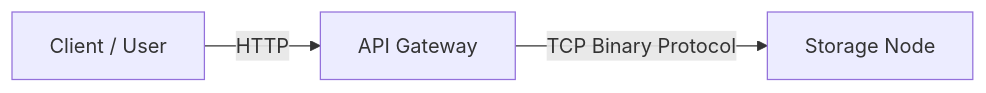
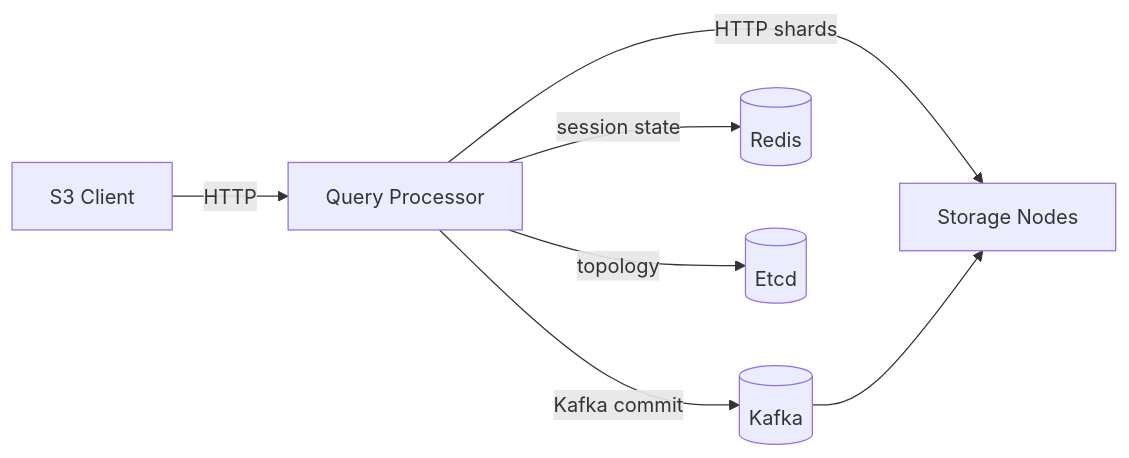
One commit to S26-Distributed-Capstone/Koop changed the diagram in query-processor/README.md. Above: the diagram before and after it, drawn with Mermaid. The commit also changed other lines of this file and 9 other files, not shown here.

````diff
--- a/query-processor/README.md
+++ b/query-processor/README.md
@@ -22,6 +25,9 @@
 ```mermaid
 graph LR
-    Client[Client / User] -- HTTP --> Gateway[API Gateway]
-    Gateway -- TCP Binary Protocol --> Storage[Storage Node]
-
+    Client[S3 Client] -- HTTP --> QP[Query Processor]
+    QP -- HTTP shards --> SN[Storage Nodes]
+    QP -- Kafka commit --> Kafka[(Kafka)]
+    Kafka --> SN
+    QP -- session state --> Redis[(Redis)]
+    QP -- topology --> Etcd[(Etcd)]
 ```
````
